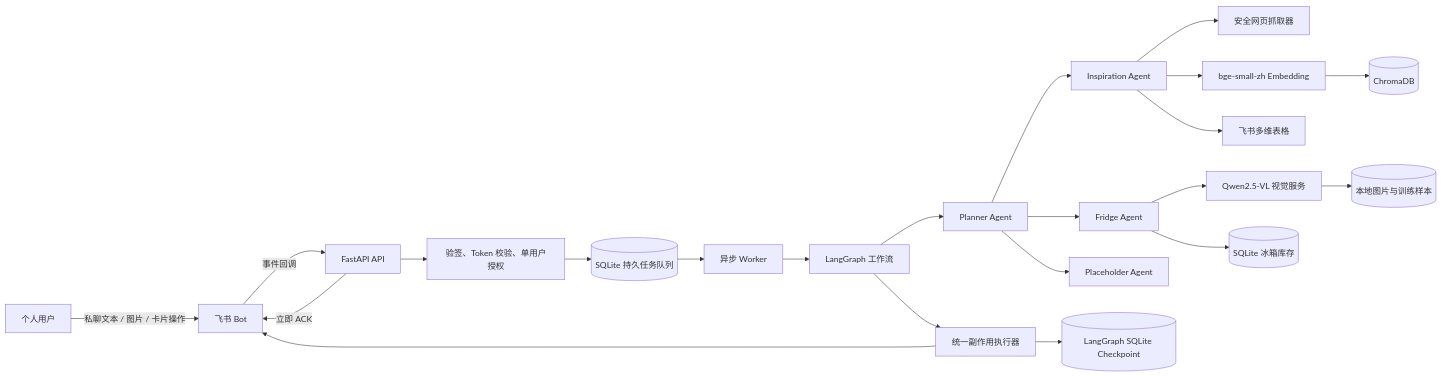
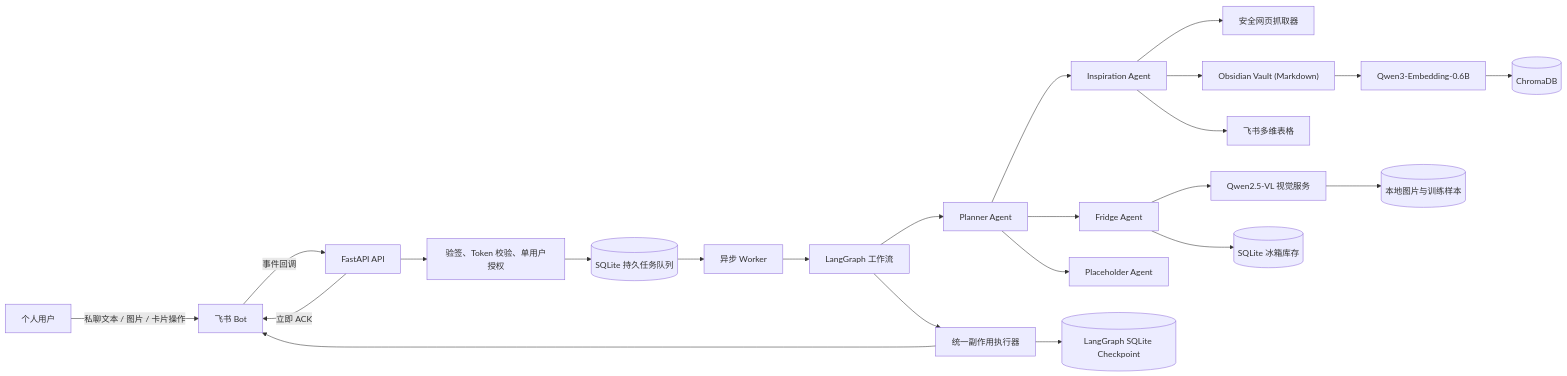
One commit to ymqdreaming2004/self-evolution changed the first of 4 diagrams in README.md. Above: the diagram before and after it, drawn with Mermaid. The commit also changed other lines of this file and 42 other files, not shown here.

````diff
--- a/README.md
+++ b/README.md
@@ -67,30 +65,31 @@
 ```mermaid
 flowchart LR
     U["个人用户"] -->|"私聊文本 / 图片 / 卡片操作"| F["飞书 Bot"]
     F -->|"事件回调"| API["FastAPI API"]
 
     API --> AUTH["验签、Token 校验、单用户授权"]
     AUTH --> QUEUE[("SQLite 持久任务队列")]
     API -->|"立即 ACK"| F
 
     QUEUE --> WORKER["异步 Worker"]
     WORKER --> LG["LangGraph 工作流"]
     LG --> PLANNER["Planner Agent"]
     PLANNER --> IA["Inspiration Agent"]
     PLANNER --> FA["Fridge Agent"]
     PLANNER --> PA["Placeholder Agent"]
 
     IA --> WEB["安全网页抓取器"]
-    IA --> EMB["bge-small-zh Embedding"]
+    IA --> VAULT["Obsidian Vault (Markdown)"]
+    VAULT --> EMB["Qwen3-Embedding-0.6B"]
     EMB --> CHROMA[("ChromaDB")]
     IA --> BITABLE["飞书多维表格"]
 
     FA --> VISION["Qwen2.5-VL 视觉服务"]
     FA --> INVENTORY[("SQLite 冰箱库存")]
 
     LG --> EFFECT["统一副作用执行器"]
     EFFECT --> CHECKPOINT[("LangGraph SQLite Checkpoint")]
     EFFECT --> F
 
     VISION --> IMAGES[("本地图片与训练样本")]
 ```
````
